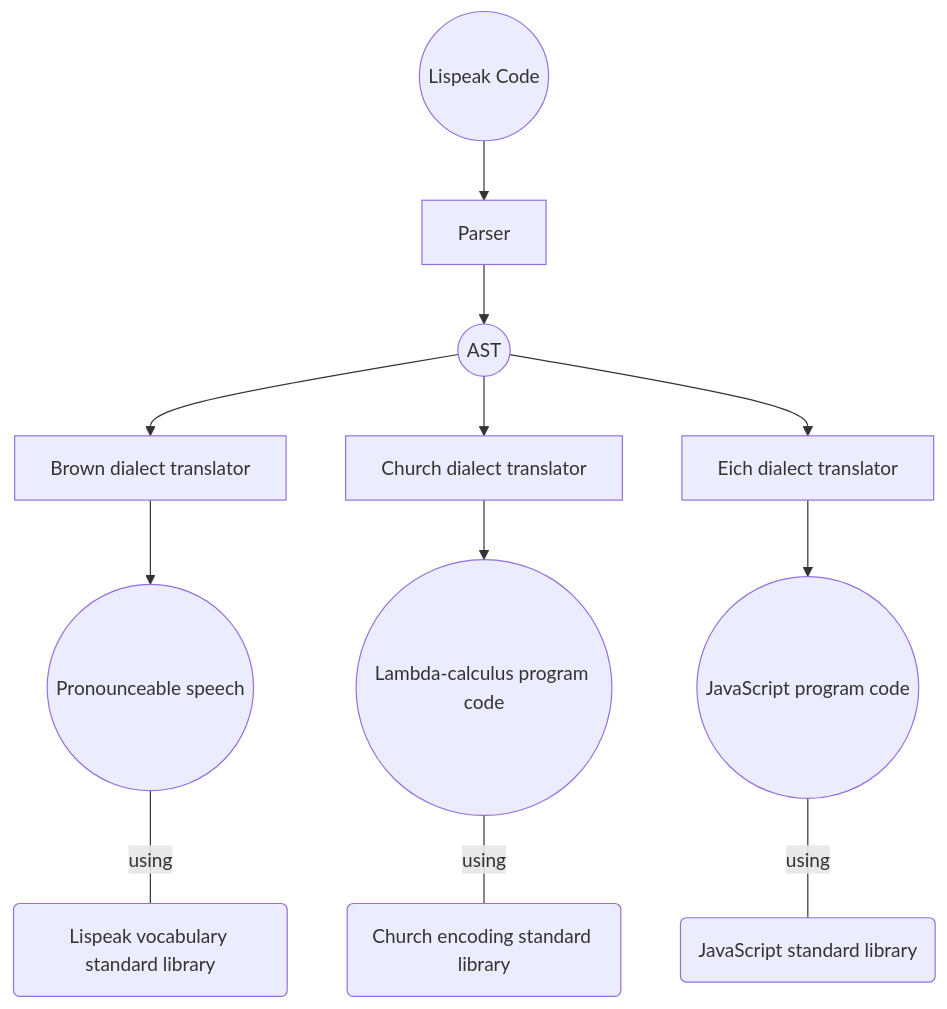
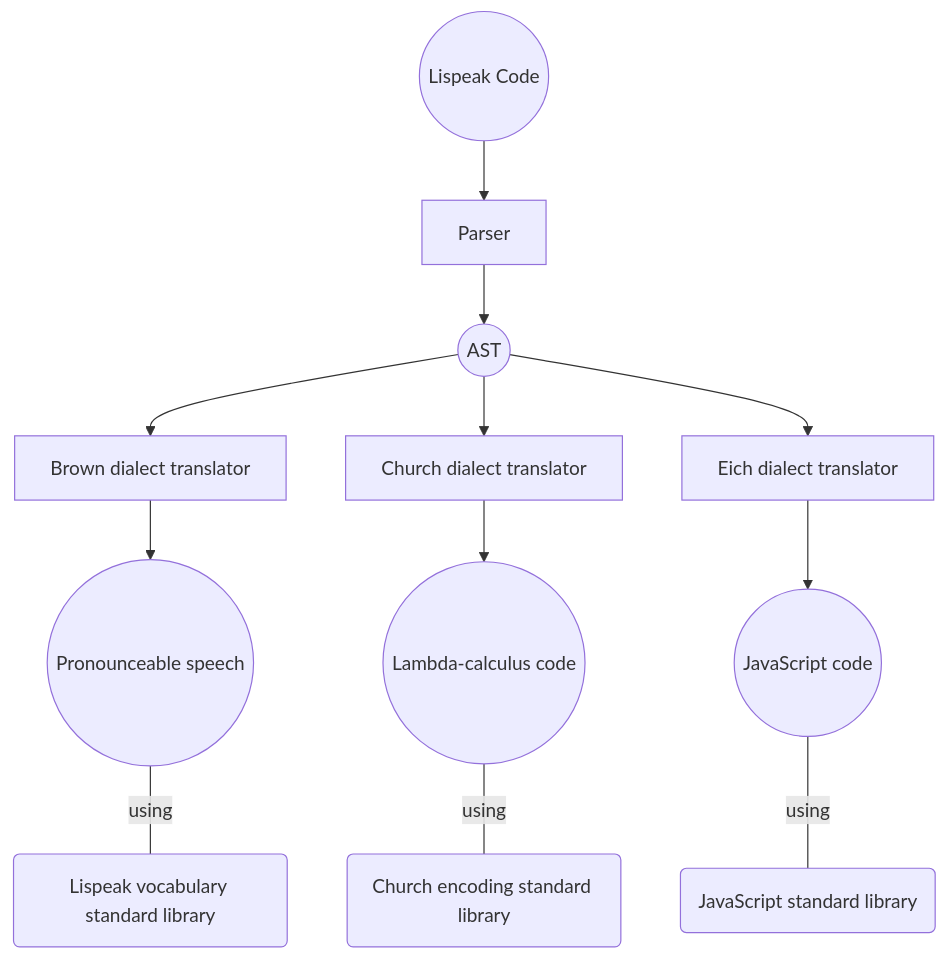
Before and after one commit to lispeak/lispeak: the diagram in README.md, drawn with Mermaid. The commit also changed other lines of this file, not shown here.

````diff
--- a/README.md
+++ b/README.md
@@ -30,14 +32,14 @@
 ```mermaid
 flowchart TD
     Code((Lispeak Code)) --> Parser[Parser]
     Parser --> AST((AST))
     AST --> Brown[Brown dialect translator]
     AST --> Church[Church dialect translator]
     AST --> Eich[Eich dialect translator]
     Brown --> SpeakingForm((Pronounceable speech))
-    Church --> LambdaCalculus((Lambda-calculus program code))
-    Eich --> JavaScript((JavaScript program code))
+    Church --> LambdaCalculus((Lambda-calculus code))
+    Eich --> JavaScript((JavaScript code))
     SpeakingForm ---|using| LispeakVocabulary(Lispeak vocabulary standard library)
     LambdaCalculus ---|using| ChurchEncoding(Church encoding standard library)
     JavaScript ---|using| JavaScriptStd(JavaScript standard library)
 ```
````
